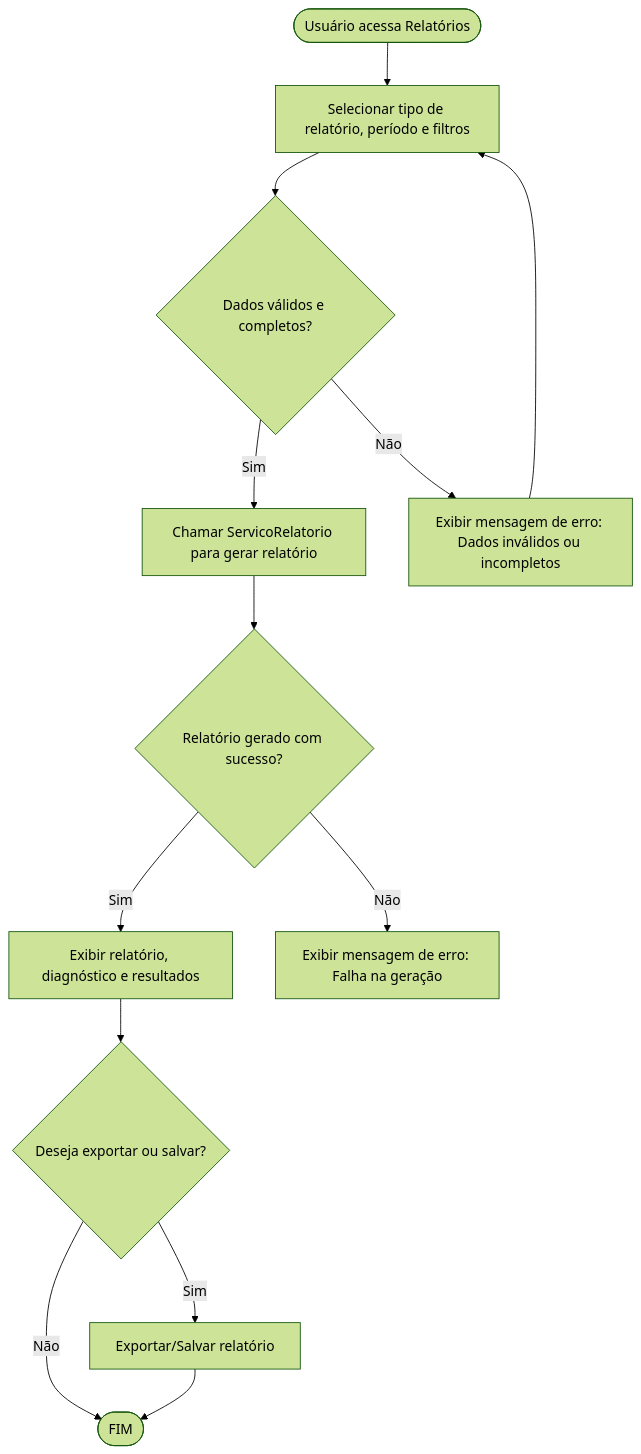
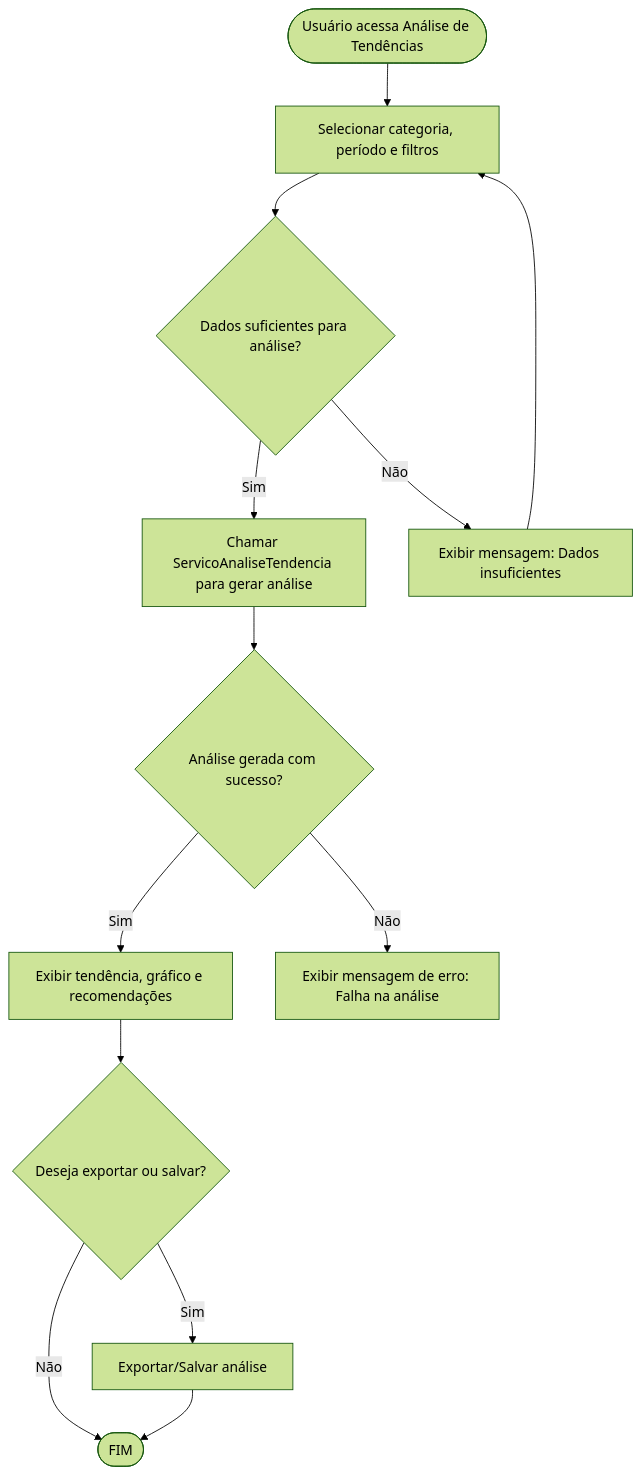
Before and after one commit to ICEI-PUC-Minas-PMV-ADS/pmv-ads-2025-2-e2-proj-int-t9-savemoney: the diagram in docs/requisitos/r13-analise-de-tendencias/Projeto de Interface.md, drawn with Mermaid (forest theme). The commit also changed other lines of this file and 4 other files, not shown here.

Commit message:
Update usability test plans and interface documentation for R13 Análise de Tendências and R14 Projeção Financeira, enhancing clarity and detail in testing aspects and flow diagrams.

````diff
--- a/docs/requisitos/r13-analise-de-tendencias/Projeto de Interface.md
+++ b/docs/requisitos/r13-analise-de-tendencias/Projeto de Interface.md
@@ -9,15 +9,15 @@
 ```mermaid
 graph TD
-    A([Usuário acessa Relatórios]) --> B[Selecionar tipo de relatório, período e filtros]
-    B --> C{"Dados válidos e completos?"}
-    C -- Sim --> D[Chamar ServicoRelatorio para gerar relatório]
-    C -- Não --> E[Exibir mensagem de erro: Dados inválidos ou incompletos]
+    A([Usuário acessa Análise de Tendências]) --> B[Selecionar categoria, período e filtros]
+    B --> C{"Dados suficientes para análise?"}
+    C -- Sim --> D[Chamar ServicoAnaliseTendencia para gerar análise]
+    C -- Não --> E[Exibir mensagem: Dados insuficientes]
     E --> B
-    D --> F{"Relatório gerado com sucesso?"}
-    F -- Sim --> G[Exibir relatório, diagnóstico e resultados]
-    F -- Não --> H[Exibir mensagem de erro: Falha na geração]
+    D --> F{"Análise gerada com sucesso?"}
+    F -- Sim --> G[Exibir tendência, gráfico e recomendações]
+    F -- Não --> H[Exibir mensagem de erro: Falha na análise]
     G --> I{Deseja exportar ou salvar?}
-    I -- Sim --> J[Exportar/Salvar relatório]
+    I -- Sim --> J[Exportar/Salvar análise]
     I -- Não --> K([FIM])
     J --> K
 ```
````
